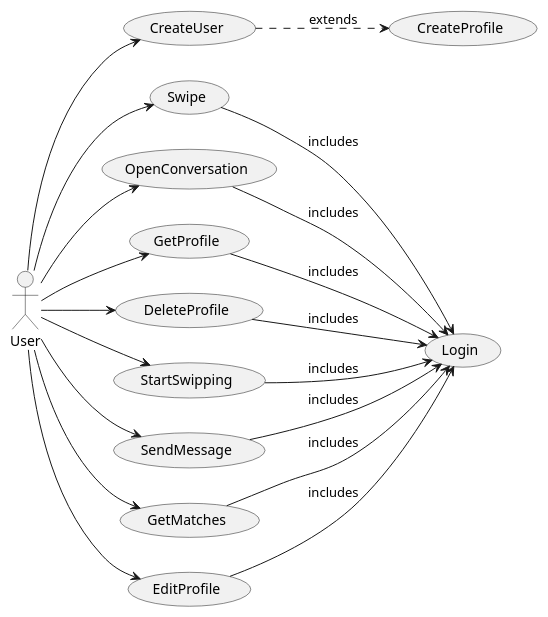
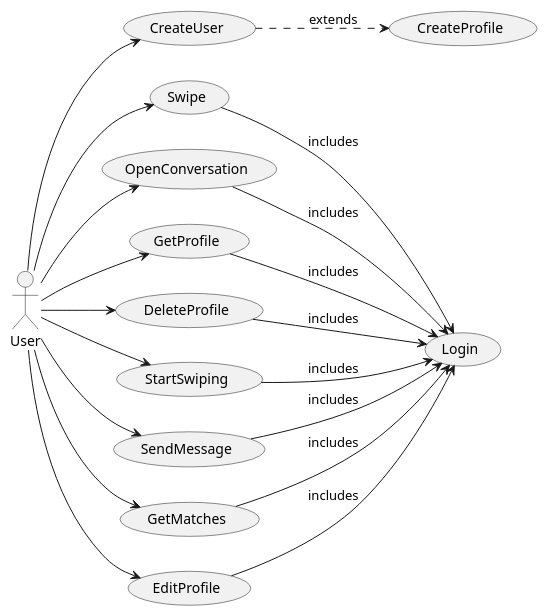
Before and after one commit to fraylopez/tinder: the diagram in docs/src/use-cases/ main.puml, drawn with PlantUML. The commit also changed 16 other files, not shown here.

```diff
--- a/docs/src/use-cases/ main.puml
+++ b/docs/src/use-cases/ main.puml
@@ -1,42 +1,42 @@
 @startuml
 left to right direction
 
 actor User
 
 usecase Login
 usecase Swipe
-usecase CreateUser 
-usecase CreateProfile 
+usecase CreateUser
+usecase CreateProfile
 
-usecase GetProfile 
-usecase DeleteProfile 
-usecase StartSwipping
+usecase GetProfile
+usecase DeleteProfile
+usecase StartSwiping
 usecase SendMessage
 usecase GetMatches
 
-usecase EditProfile 
-usecase StartSwipping
+usecase EditProfile
+usecase StartSwiping
 usecase SendMessage
 usecase OpenConversation
 
 User --> CreateUser
 CreateUser ..> CreateProfile: extends
 User --> DeleteProfile
 User --> EditProfile
 User --> GetProfile
 User --> SendMessage
 User --> OpenConversation
 User --> GetMatches
-User --> StartSwipping
+User --> StartSwiping
 User --> Swipe
 
 DeleteProfile --> Login: includes
 EditProfile --> Login: includes
 GetProfile --> Login: includes
 SendMessage --> Login: includes
 OpenConversation --> Login: includes
 GetMatches --> Login: includes
-StartSwipping --> Login: includes
+StartSwiping --> Login: includes
 Swipe --> Login: includes
 
 @enduml
```
